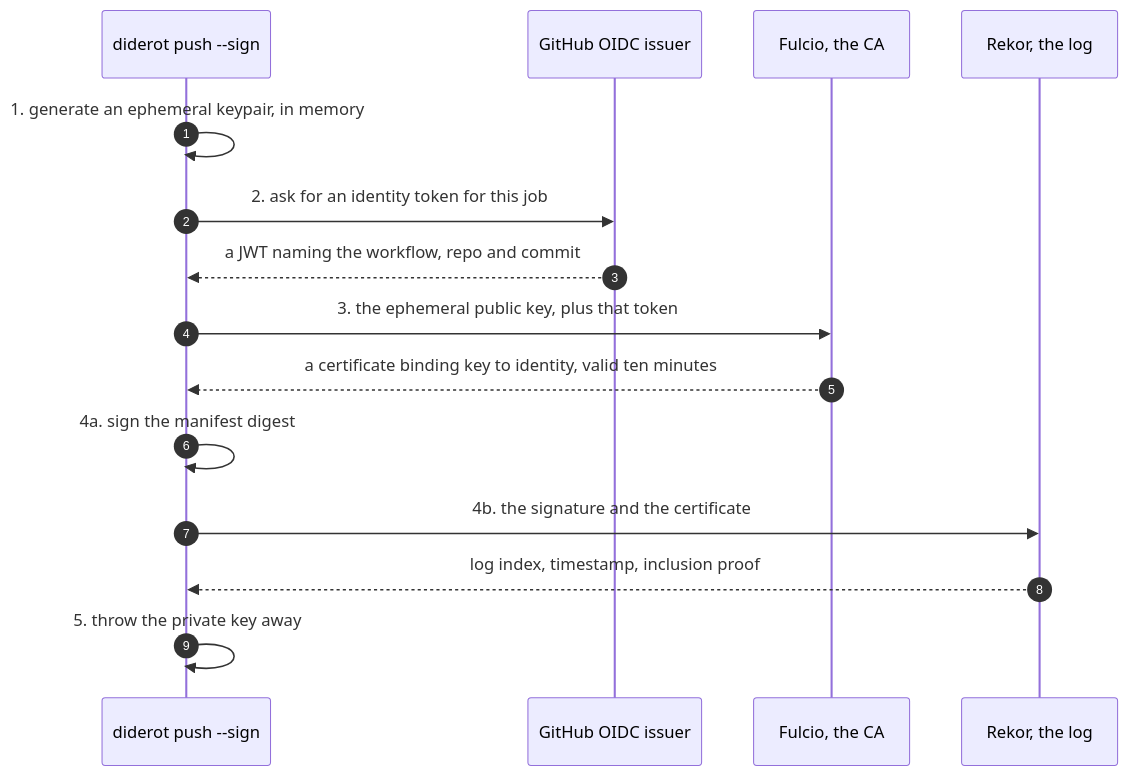
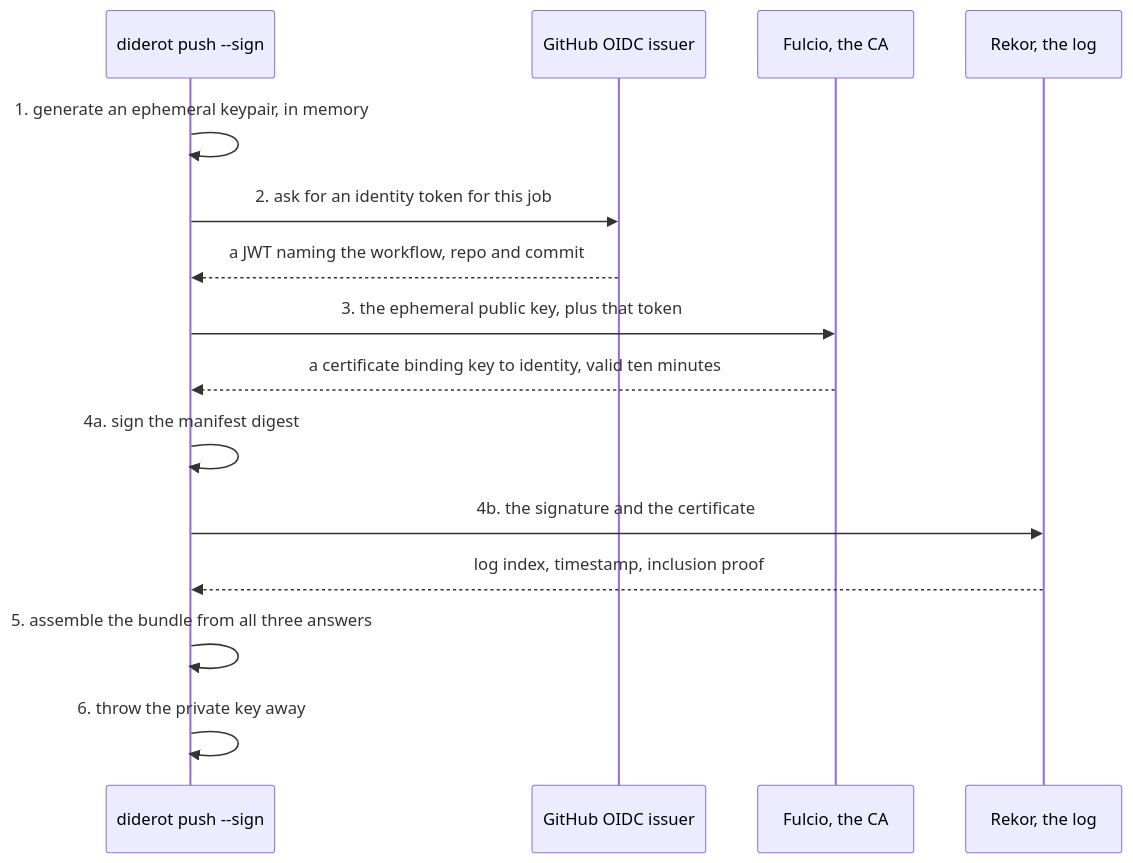
Before and after one commit to sunix/diderot: the first of 3 diagrams in doc/making-of/07-signing-foundations.md, drawn with Mermaid. The commit also changed other lines of this file, not shown here.

First line of the commit message:
docs: show when the bundle is made, and what one looks like

````diff
--- a/doc/making-of/07-signing-foundations.md
+++ b/doc/making-of/07-signing-foundations.md
@@ -214,17 +215,17 @@
 ```mermaid
 sequenceDiagram
-    autonumber
     participant D as diderot push --sign
     participant O as GitHub OIDC issuer
     participant F as Fulcio, the CA
     participant R as Rekor, the log
     D->>D: 1. generate an ephemeral keypair, in memory
     D->>O: 2. ask for an identity token for this job
     O-->>D: a JWT naming the workflow, repo and commit
     D->>F: 3. the ephemeral public key, plus that token
     F-->>D: a certificate binding key to identity, valid ten minutes
     D->>D: 4a. sign the manifest digest
     D->>R: 4b. the signature and the certificate
     R-->>D: log index, timestamp, inclusion proof
-    D->>D: 5. throw the private key away
+    D->>D: 5. assemble the bundle from all three answers
+    D->>D: 6. throw the private key away
 ```
````
